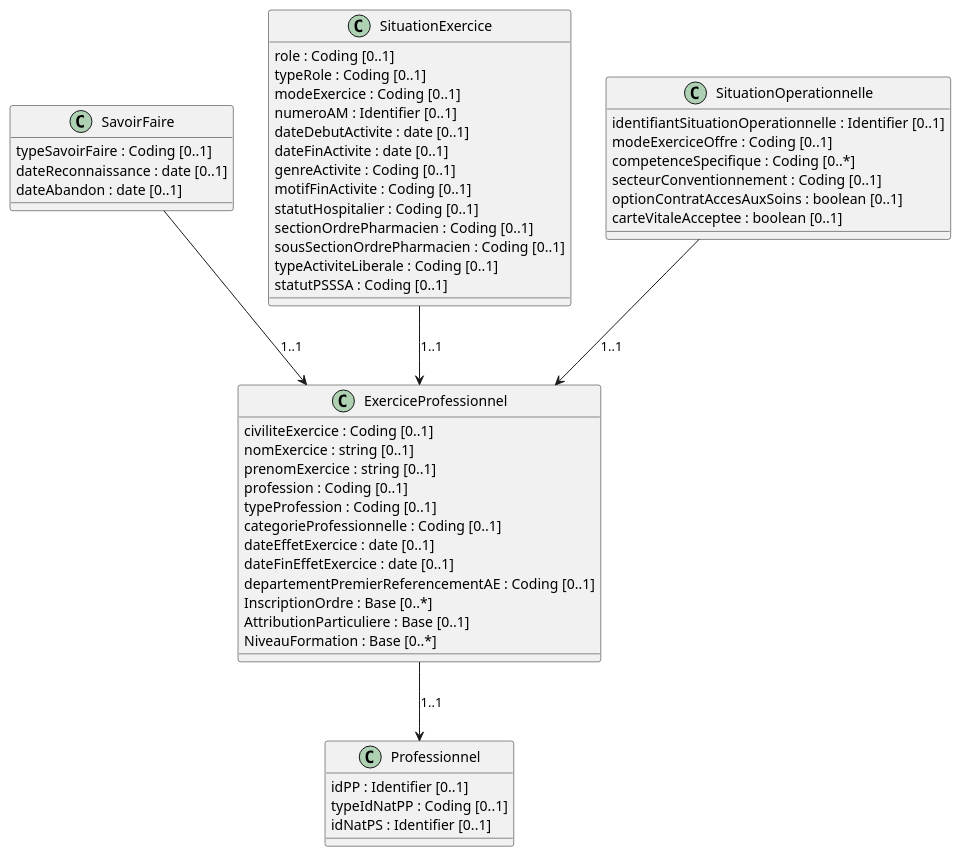
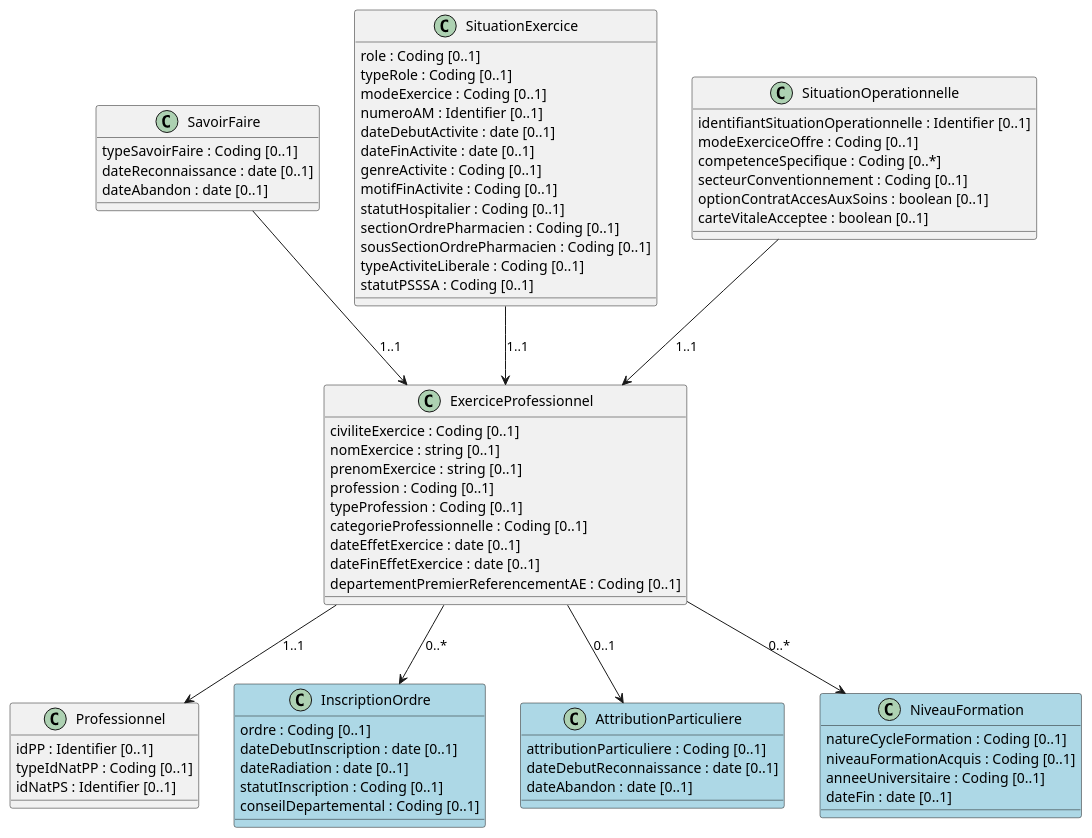
The diagram in input/images-source/professionnel.plantuml (ansforge/IG-modele-objets-sante), drawn with PlantUML before and after one commit. The commit also changed 6 other files, not shown here.

Commit message:
Ajout backbones diagrammes

```diff
--- a/input/images-source/professionnel.plantuml
+++ b/input/images-source/professionnel.plantuml
@@ -1,60 +1,81 @@
 @startuml
 
 Class ExerciceProfessionnel {
   civiliteExercice : Coding [0..1]
   nomExercice : string [0..1]
   prenomExercice : string [0..1]
   profession : Coding [0..1]
   typeProfession : Coding [0..1]
   categorieProfessionnelle : Coding [0..1]
   dateEffetExercice : date [0..1]
   dateFinEffetExercice : date [0..1]
   departementPremierReferencementAE : Coding [0..1]
-  InscriptionOrdre : Base [0..*]
-  AttributionParticuliere : Base [0..1]
-  NiveauFormation : Base [0..*]
 }
 
 Class Professionnel {
   idPP : Identifier [0..1]
   typeIdNatPP : Coding [0..1]
   idNatPS : Identifier [0..1]
 }
 
 Class SavoirFaire {
   typeSavoirFaire : Coding [0..1]
   dateReconnaissance : date [0..1]
   dateAbandon : date [0..1]
 }
 
 Class SituationExercice {
   role : Coding [0..1]
   typeRole : Coding [0..1]
   modeExercice : Coding [0..1]
   numeroAM : Identifier [0..1]
   dateDebutActivite : date [0..1]
   dateFinActivite : date [0..1]
   genreActivite : Coding [0..1]
   motifFinActivite : Coding [0..1]
   statutHospitalier : Coding [0..1]
   sectionOrdrePharmacien : Coding [0..1]
   sousSectionOrdrePharmacien : Coding [0..1]
   typeActiviteLiberale : Coding [0..1]
   statutPSSSA : Coding [0..1]
 }
 
 Class SituationOperationnelle {
   identifiantSituationOperationnelle : Identifier [0..1]
   modeExerciceOffre : Coding [0..1]
   competenceSpecifique : Coding [0..*]
   secteurConventionnement : Coding [0..1]
   optionContratAccesAuxSoins : boolean [0..1]
   carteVitaleAcceptee : boolean [0..1]
 }
 
+Class InscriptionOrdre #LightBlue {
+  ordre : Coding [0..1]
+  dateDebutInscription : date [0..1]
+  dateRadiation : date [0..1]
+  statutInscription : Coding [0..1]
+  conseilDepartemental : Coding [0..1]
+}
+
+Class AttributionParticuliere #LightBlue {
+  attributionParticuliere : Coding [0..1]
+  dateDebutReconnaissance : date [0..1]
+  dateAbandon : date [0..1]
+}
+
+Class NiveauFormation #LightBlue {
+  natureCycleFormation : Coding [0..1]
+  niveauFormationAcquis : Coding [0..1]
+  anneeUniversitaire : Coding [0..1]
+  dateFin : date [0..1]
+}
+
 ExerciceProfessionnel --> Professionnel : 1..1
+ExerciceProfessionnel --> InscriptionOrdre : 0..*
+ExerciceProfessionnel --> AttributionParticuliere : 0..1
+ExerciceProfessionnel --> NiveauFormation : 0..*
 SavoirFaire --> ExerciceProfessionnel : 1..1
 SituationExercice --> ExerciceProfessionnel : 1..1
 SituationOperationnelle --> ExerciceProfessionnel : 1..1
 
 @enduml
```
